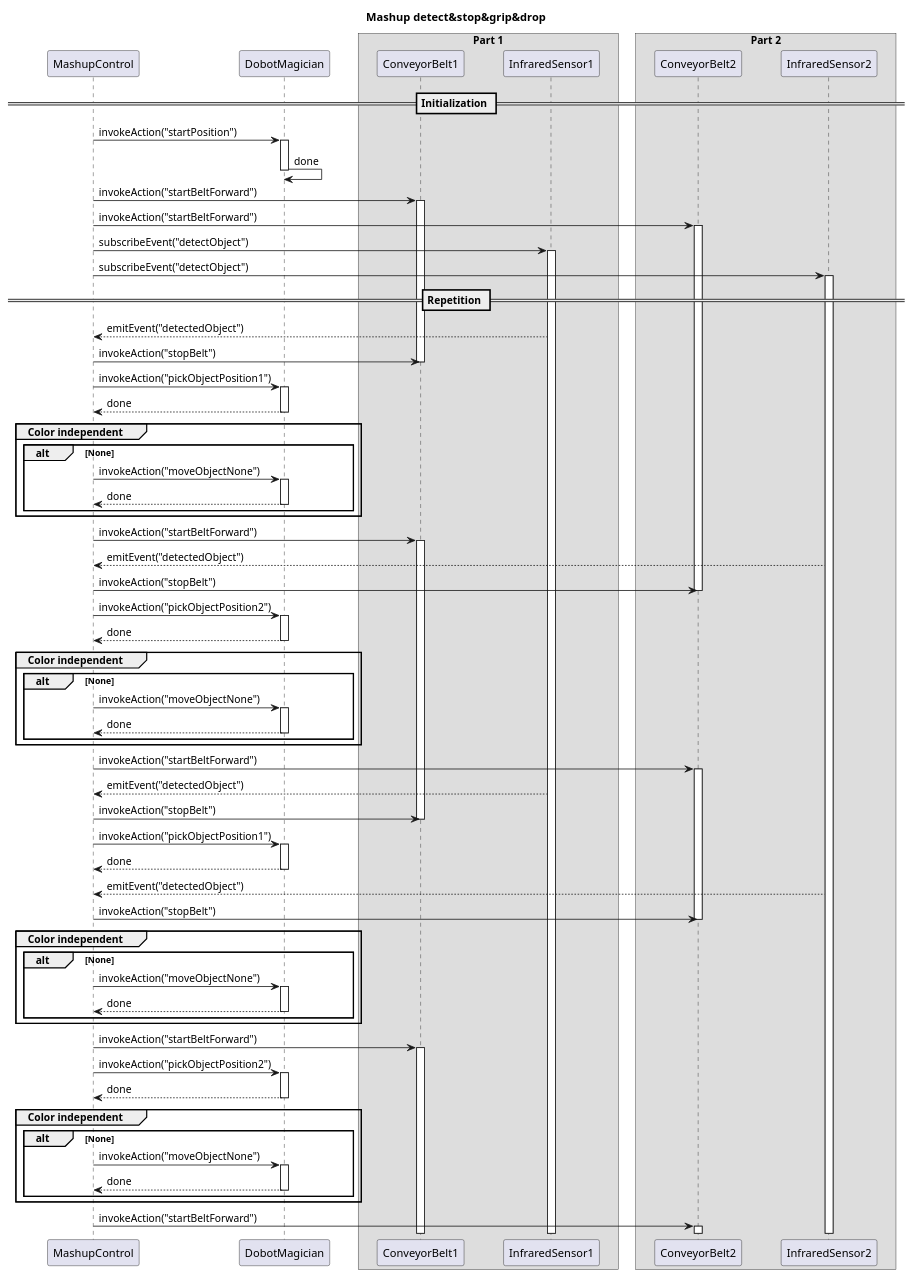
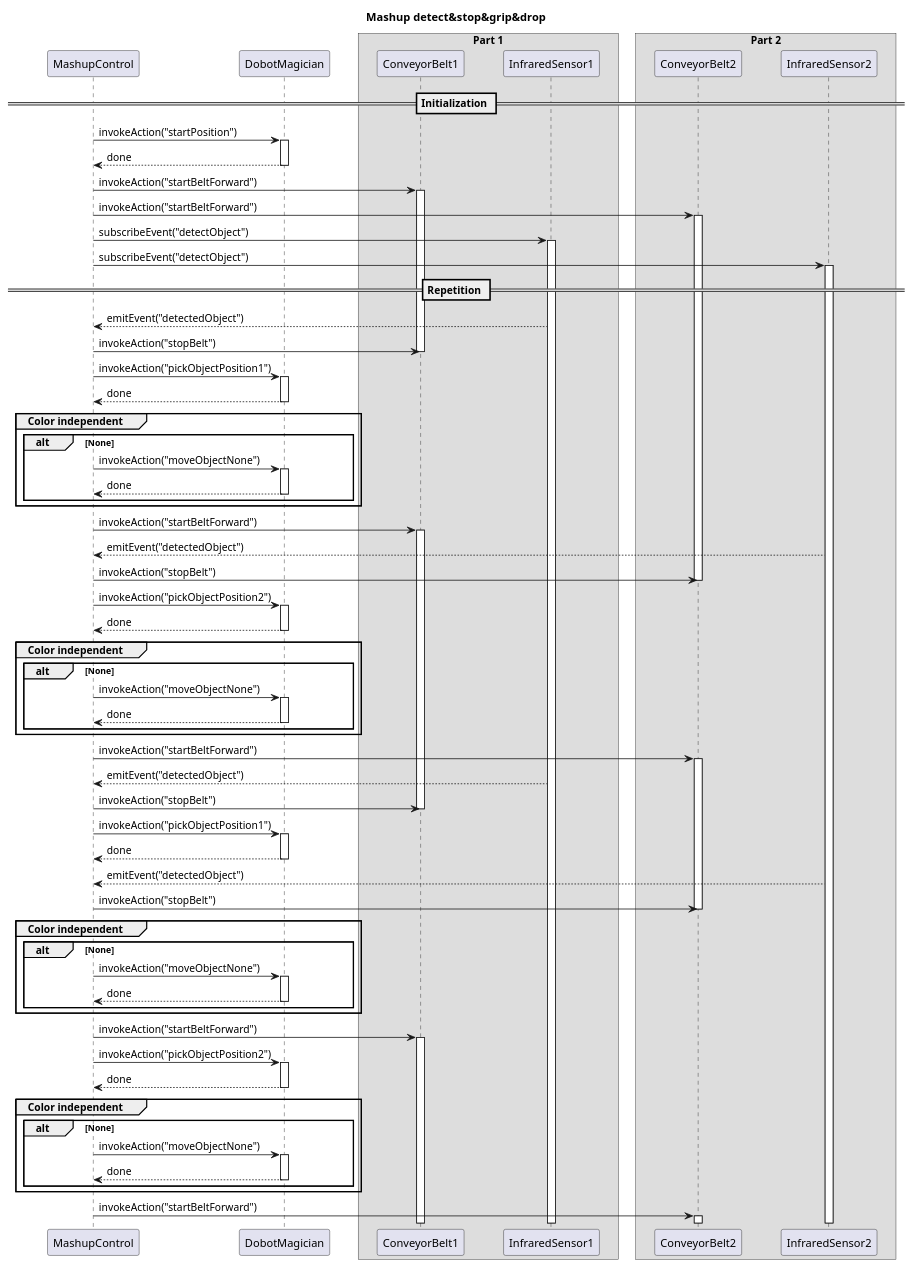
The diagram in SequenceDiagrams/SequenceDiagramUML_mashup_detect_stop_grip_drop.wsd (tum-esi/wot-sys), drawn with PlantUML before and after one commit.

```diff
--- a/SequenceDiagrams/SequenceDiagramUML_mashup_detect_stop_grip_drop.wsd
+++ b/SequenceDiagrams/SequenceDiagramUML_mashup_detect_stop_grip_drop.wsd
@@ -1,116 +1,116 @@
 @startuml
 
 title Mashup detect&stop&grip&drop
 
 skinparam ParticipantPadding 20
 skinparam BoxPadding 10
 
 participant MashupControl as MC
 participant DobotMagician as DM
 
 box "Part 1"
 participant ConveyorBelt1 as CB1
 participant InfraredSensor1 as IS1
 end box
 
 box "Part 2"
 participant ConveyorBelt2 as CB2
 participant InfraredSensor2 as IS2
 end box
 
 
 == Initialization ==
 
 MC -> DM: invokeAction("startPosition")
 activate DM
-DM -> DM: done
+MC <-- DM: done
 deactivate DM
 
 MC -> CB1: invokeAction("startBeltForward")
 activate CB1
 MC -> CB2: invokeAction("startBeltForward")
 activate CB2
 
 MC -> IS1: subscribeEvent("detectObject")
 activate IS1
 
 MC -> IS2: subscribeEvent("detectObject")
 activate IS2
 
 == Repetition ==
 
 MC <-- IS1: emitEvent("detectedObject")
 MC -> CB1: invokeAction("stopBelt")
 deactivate CB1
 MC -> DM: invokeAction("pickObjectPosition1")
 activate DM
 MC <-- DM: done
 deactivate DM
 group Color independent
 alt None
 MC -> DM: invokeAction("moveObjectNone")
 activate DM
 MC <-- DM: done
 deactivate DM
 end
 end
 MC -> CB1: invokeAction("startBeltForward")
 activate CB1
 
 
 MC <-- IS2: emitEvent("detectedObject")
 MC -> CB2: invokeAction("stopBelt")
 deactivate CB2
 MC -> DM: invokeAction("pickObjectPosition2")
 activate DM
 MC <-- DM: done
 deactivate DM
 group Color independent
 alt None
 MC -> DM: invokeAction("moveObjectNone")
 activate DM
 MC <-- DM: done
 deactivate DM
 end
 end
 MC -> CB2: invokeAction("startBeltForward")
 activate CB2
 
 MC <-- IS1: emitEvent("detectedObject")
 MC -> CB1: invokeAction("stopBelt")
 deactivate CB1
 MC -> DM: invokeAction("pickObjectPosition1")
 activate DM
 MC <-- DM: done
 deactivate DM
 
 MC <-- IS2: emitEvent("detectedObject")
 MC -> CB2: invokeAction("stopBelt")
 deactivate CB2
 
 group Color independent
 alt None
 MC -> DM: invokeAction("moveObjectNone")
 activate DM
 MC <-- DM: done
 deactivate DM
 end
 end
 MC -> CB1: invokeAction("startBeltForward")
 activate CB1
 
 MC -> DM: invokeAction("pickObjectPosition2")
 activate DM
 MC <-- DM: done
 deactivate DM
 group Color independent
 alt None
 MC -> DM: invokeAction("moveObjectNone")
 activate DM
 MC <-- DM: done
 deactivate DM
 end
 end
 MC -> CB2: invokeAction("startBeltForward")
 activate CB2
 @enduml
```
